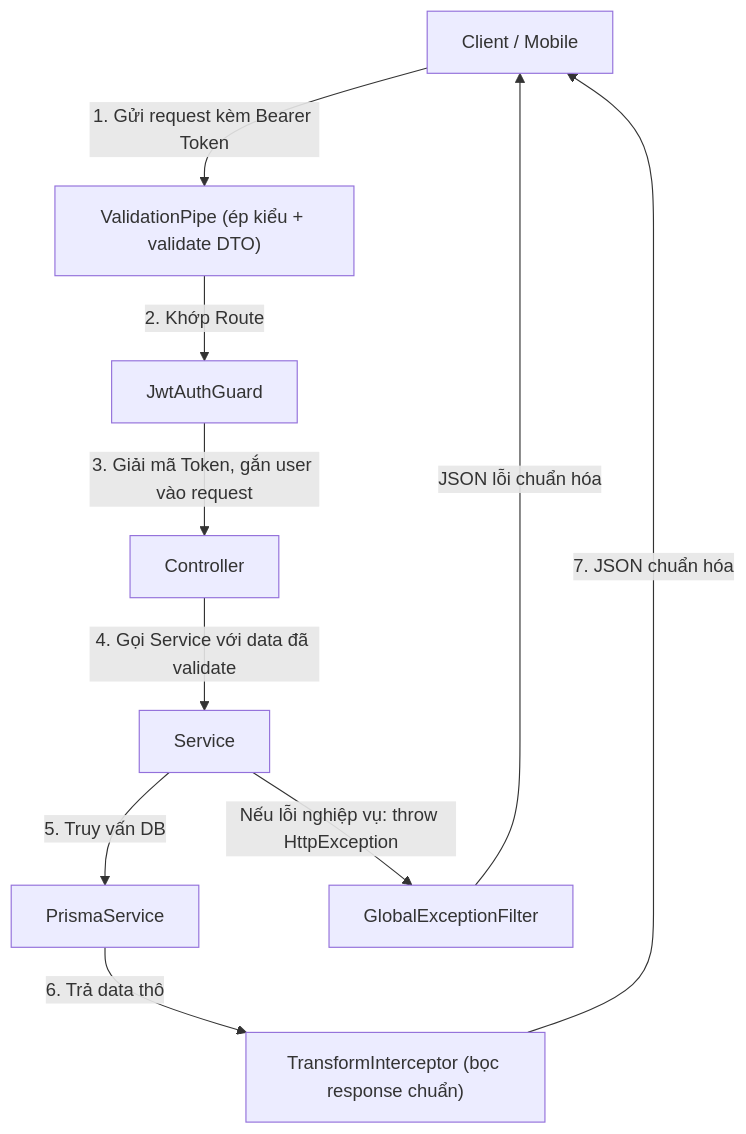
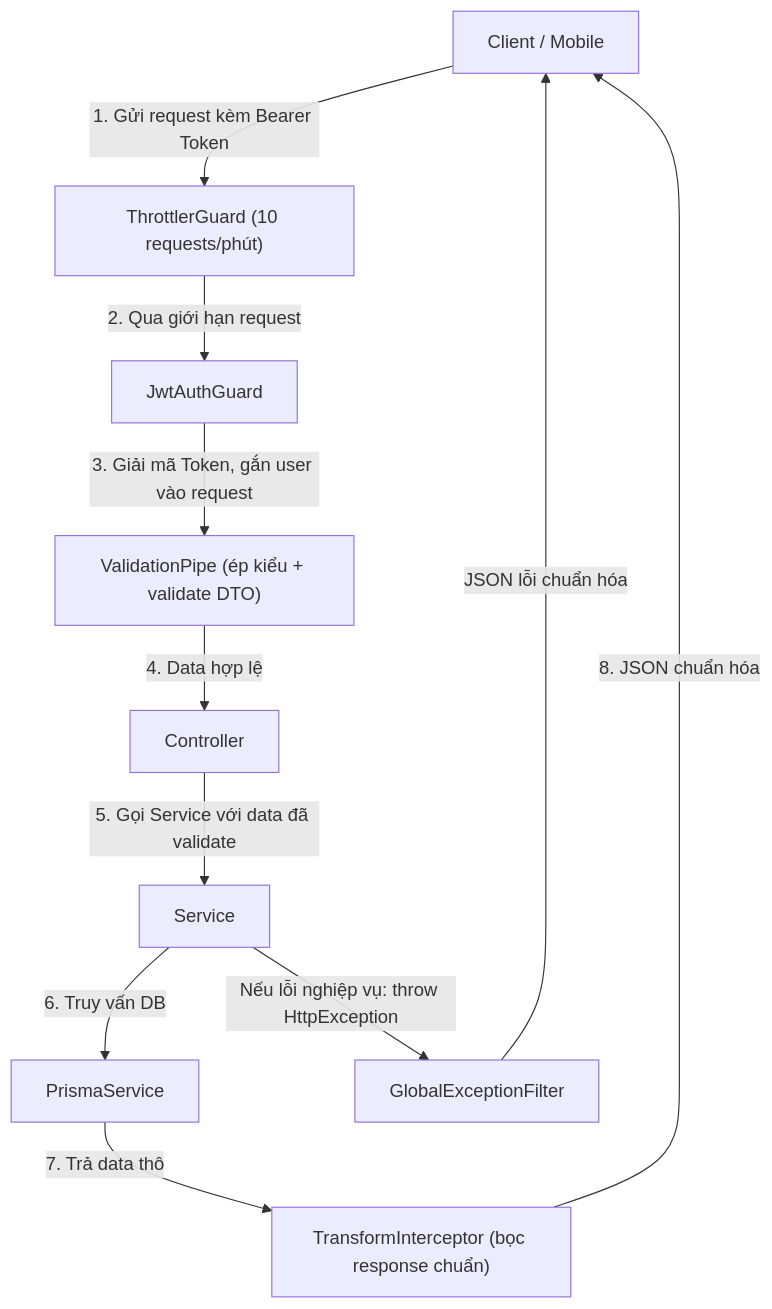
Before and after one commit to nguyenvudung030121/base-nestJS: the second of 2 diagrams in document/DEVELOPER_GUIDE.md, drawn with Mermaid. The commit also changed other lines of this file and 3 other files, not shown here.

````diff
--- a/document/DEVELOPER_GUIDE.md
+++ b/document/DEVELOPER_GUIDE.md
@@ -176,13 +176,14 @@
 ```mermaid
 graph TD
-    Client["Client / Mobile"] -->|"1. Gửi request kèm Bearer Token"| Pipe["ValidationPipe (ép kiểu + validate DTO)"]
-    Pipe -->|"2. Khớp Route"| Guard["JwtAuthGuard"]
-    Guard -->|"3. Giải mã Token, gắn user vào request"| Controller["Controller"]
-    Controller -->|"4. Gọi Service với data đã validate"| Service["Service"]
-    Service -->|"5. Truy vấn DB"| Prisma["PrismaService"]
-    Prisma -->|"6. Trả data thô"| Interceptor["TransformInterceptor (bọc response chuẩn)"]
-    Interceptor -->|"7. JSON chuẩn hóa"| Client
+    Client["Client / Mobile"] -->|"1. Gửi request kèm Bearer Token"| Throttle["ThrottlerGuard (10 requests/phút)"]
+    Throttle -->|"2. Qua giới hạn request"| Guard["JwtAuthGuard"]
+    Guard -->|"3. Giải mã Token, gắn user vào request"| Pipe["ValidationPipe (ép kiểu + validate DTO)"]
+    Pipe -->|"4. Data hợp lệ"| Controller["Controller"]
+    Controller -->|"5. Gọi Service với data đã validate"| Service["Service"]
+    Service -->|"6. Truy vấn DB"| Prisma["PrismaService"]
+    Prisma -->|"7. Trả data thô"| Interceptor["TransformInterceptor (bọc response chuẩn)"]
+    Interceptor -->|"8. JSON chuẩn hóa"| Client
 
     Service -->|"Nếu lỗi nghiệp vụ: throw HttpException"| Filter["GlobalExceptionFilter"]
     Filter -->|"JSON lỗi chuẩn hóa"| Client
 ```
````
